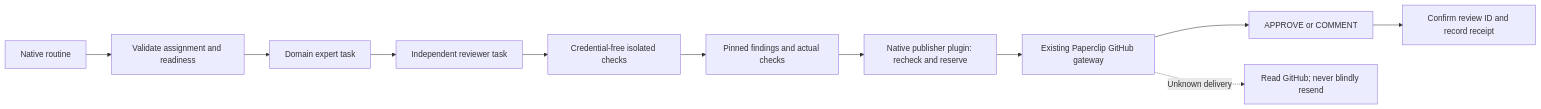
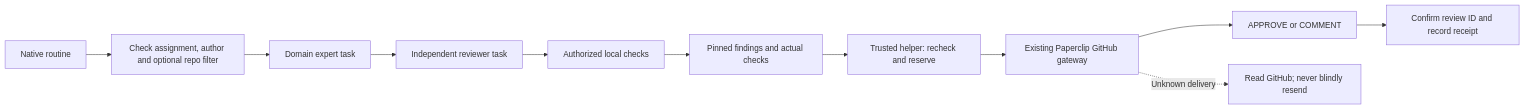
Before and after one commit to Zhachory1/docs: the diagram in projects/paperclip-pr-review/dd.md, drawn with Mermaid. The commit also changed other lines of this file and 1 other file, not shown here.

Commit message:
docs: trust allowed PR authors and simplify local review execution

````diff
--- a/projects/paperclip-pr-review/dd.md
+++ b/projects/paperclip-pr-review/dd.md
@@ -85,13 +100,13 @@
 ```mermaid
 flowchart LR
-    Tick["Native routine"] --> Scan["Validate assignment and readiness"]
+    Tick["Native routine"] --> Scan["Check assignment, author and optional repo filter"]
     Scan --> Expert["Domain expert task"]
     Expert --> Reviewer["Independent reviewer task"]
-    Reviewer --> Checks["Credential-free isolated checks"]
+    Reviewer --> Checks["Authorized local checks"]
     Checks --> Result["Pinned findings and actual checks"]
-    Result --> Publish["Native publisher plugin: recheck and reserve"]
+    Result --> Publish["Trusted helper: recheck and reserve"]
     Publish --> Gateway["Existing Paperclip GitHub gateway"]
     Gateway --> GitHub["APPROVE or COMMENT"]
     GitHub --> Receipt["Confirm review ID and record receipt"]
     Gateway -. "Unknown delivery" .-> Reconcile["Read GitHub; never blindly resend"]
 ```
````
